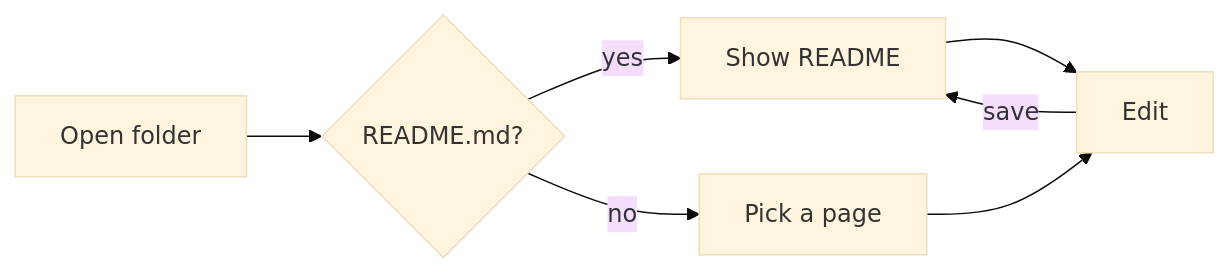
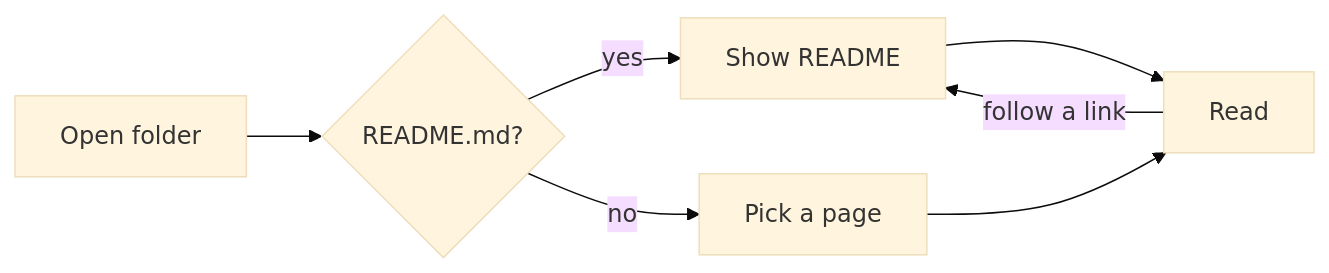
Before and after one commit to dragosh/zen: the first of 3 diagrams in examples/demo/plugins/diagram.md, drawn with Mermaid (base theme). The commit also changed other lines of this file and 80 other files, not shown here.

````diff
--- a/examples/demo/plugins/diagram.md
+++ b/examples/demo/plugins/diagram.md
@@ -12,9 +12,9 @@
 ```mermaid
 graph LR
   A[Open folder] --> B{README.md?}
   B -- yes --> C[Show README]
   B -- no --> D[Pick a page]
-  C --> E[Edit]
+  C --> E[Read]
   D --> E
-  E -->|save| C
+  E -->|follow a link| C
 ```
````
